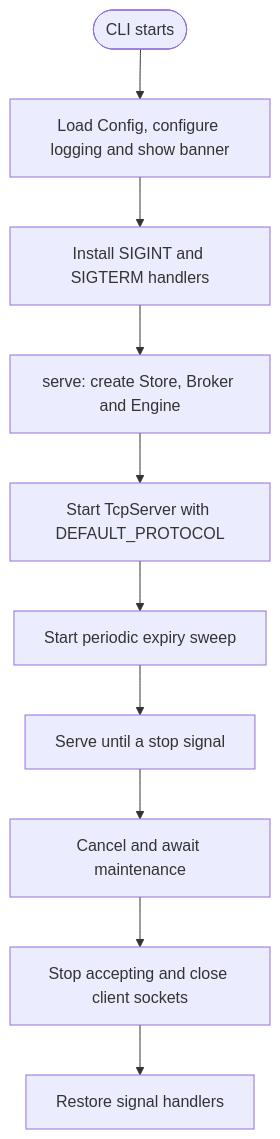
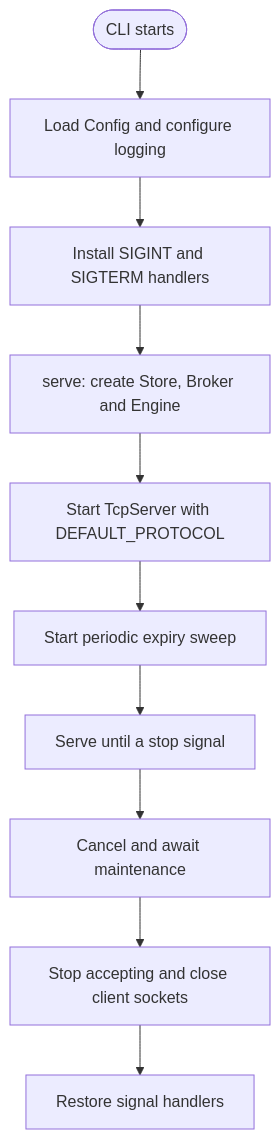
One commit to gchape/velis changed the fifth of 6 diagrams in README.md. Above: the diagram before and after it, drawn with Mermaid. The commit also changed other lines of this file and 2 other files, not shown here.

Commit message:
chore(cli): remove startup banner
Delete the banner renderer and stop invoking it during CLI startup. Update the startup diagram and project layout to match.

Validation: all 8 runtime tests and CLI lint/format checks pass.

````diff
--- a/README.md
+++ b/README.md
@@ -281,12 +281,12 @@
 ```mermaid
 flowchart TD
-    start(["CLI starts"]) --> load["Load Config, configure logging and show banner"]
+    start(["CLI starts"]) --> load["Load Config and configure logging"]
     load --> signals["Install SIGINT and SIGTERM handlers"]
     signals --> engine["serve: create Store, Broker and Engine"]
     engine --> server["Start TcpServer with DEFAULT_PROTOCOL"]
     server --> maintenance["Start periodic expiry sweep"]
     maintenance --> run["Serve until a stop signal"]
     run --> cancel["Cancel and await maintenance"]
     cancel --> close["Stop accepting and close client sockets"]
     close --> restore["Restore signal handlers"]
 ```
````
